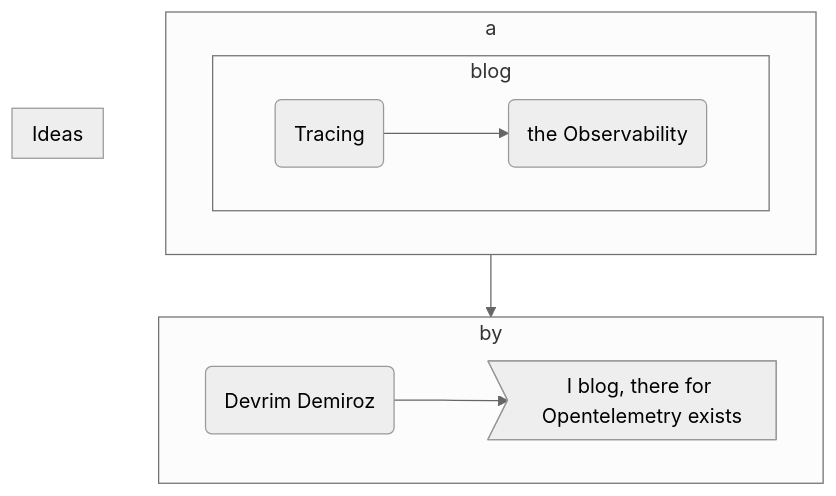
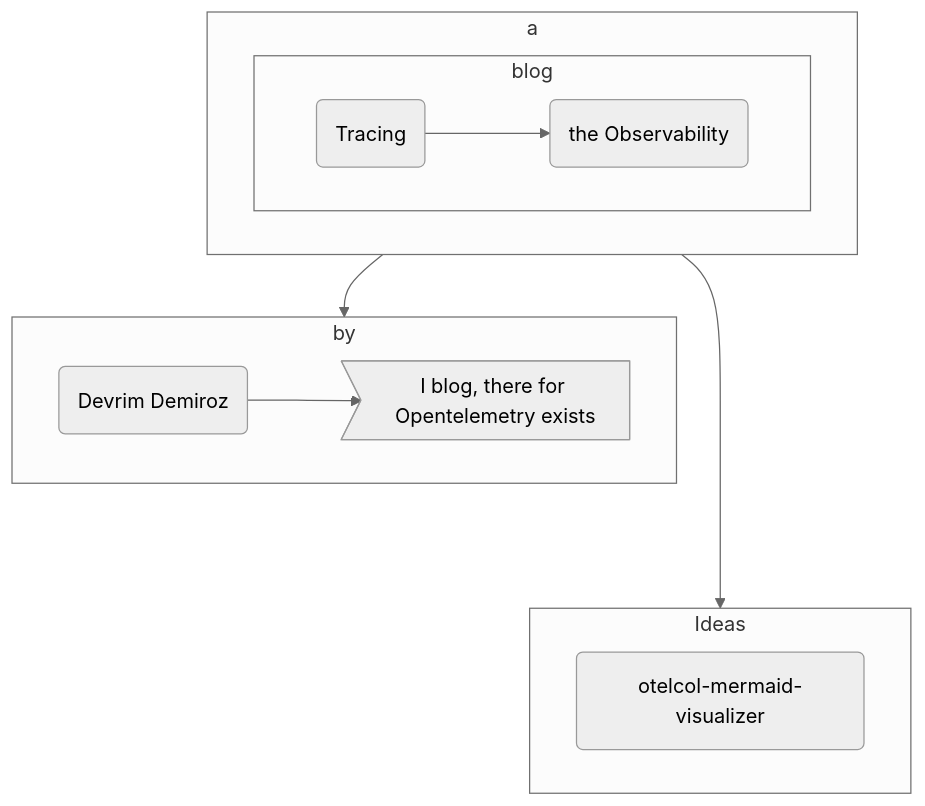
Before and after one commit to devrimdemiroz/devrimdemiroz.github.io: the diagram in docs/README.md, drawn with Mermaid (neutral theme).

````diff
--- a/docs/README.md
+++ b/docs/README.md
@@ -3,35 +3,39 @@
 ```mermaid
 flowchart TD
-   
+          
     subgraph a
         direction LR
         
         subgraph blog
          direction LR
             Tracing(Tracing)
-            Tracing --> the(the Observability)
+            Tracing --> the-observability(the Observability)
         end
         
      
     end
     
-     subgraph Ideas
-        direction LR
-        
-         
-    end
-      click Ideas "./#Ideas";     
-      click Tracing "./#Ideas";     
+
+      
    
    
      subgraph by
+       direction LR
             DD(Devrim Demiroz)
             DD-->Descartes>I blog, there for Opentelemetry exists]
      end
-    
+     
+         subgraph Ideas
+        direction LR
+        
+        otelcol-mermaid-visualizer(otelcol-mermaid-visualizer)
+         
+    end
     blog --> by        
+    the-observability---->Ideas
+      click otelcol-mermaid-visualizer "/Ideas/otelcol-mermaid-visualizer";     
     
         
 
   
 ```
````
